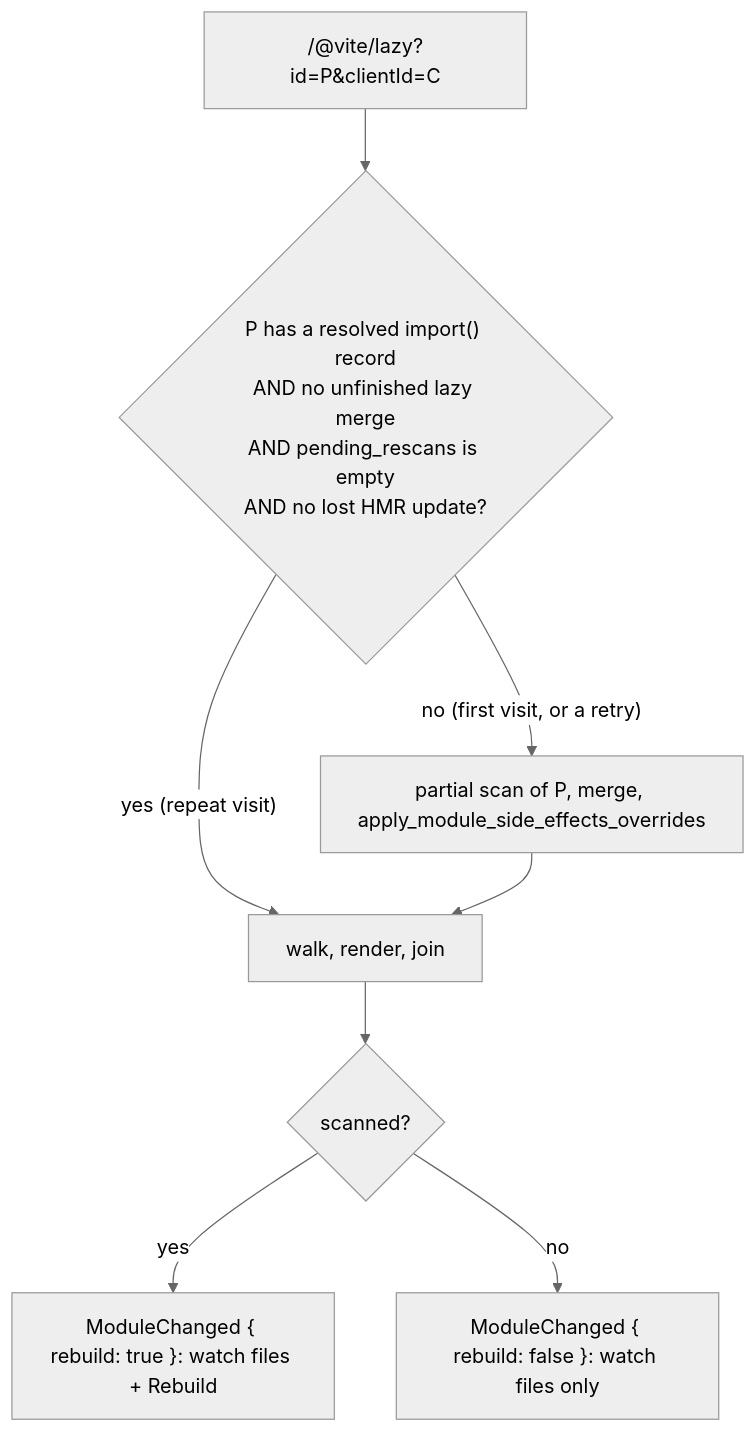
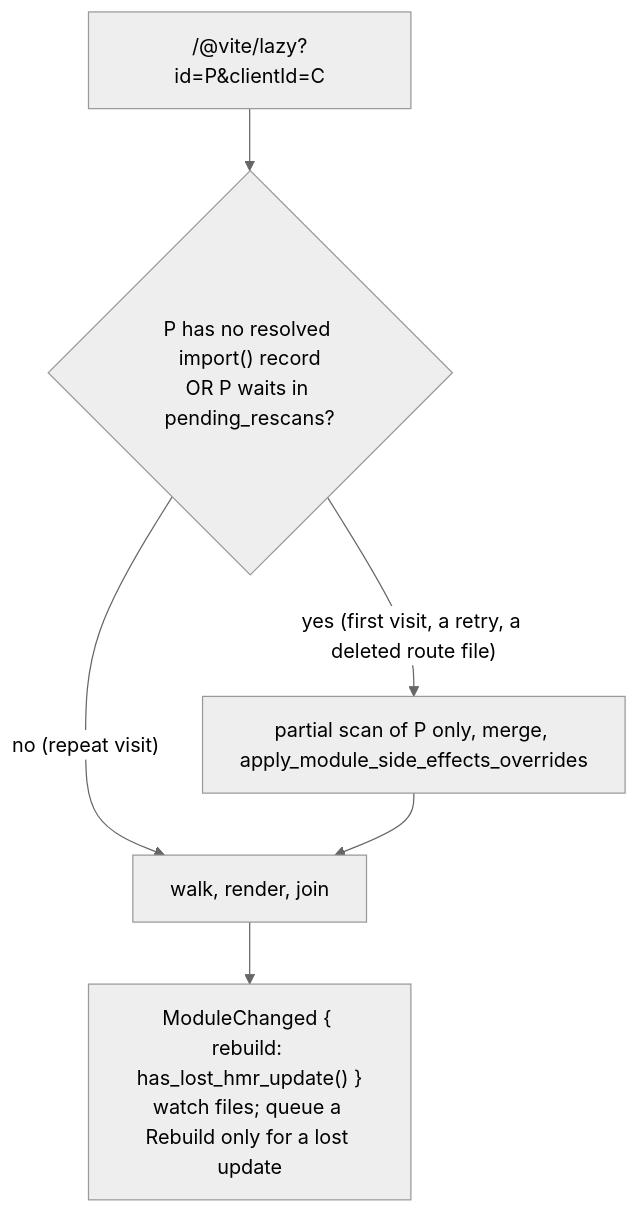
One commit to rolldown/rolldown changed the second of 2 diagrams in internal-docs/lazy-compilation/design.md. Above: the diagram before and after it, drawn with Mermaid (neutral theme). The commit also changed other lines of this file and 23 other files, not shown here.

Commit message:
fix(dev/lazy): do not rebuild the whole output after a lazy compile

````diff
--- a/internal-docs/lazy-compilation/design.md
+++ b/internal-docs/lazy-compilation/design.md
@@ -202,10 +202,8 @@
 ```mermaid
 flowchart TD
-  R["/@vite/lazy?id=P&clientId=C"] --> F{"P has a resolved import() record<br/>AND no unfinished lazy merge<br/>AND pending_rescans is empty<br/>AND no lost HMR update?"}
-  F -- "no (first visit, or a retry)" --> Scan["partial scan of P, merge, apply_module_side_effects_overrides"]
-  F -- "yes (repeat visit)" --> Sel
+  R["/@vite/lazy?id=P&clientId=C"] --> F{"P has no resolved import() record<br/>OR P waits in pending_rescans?"}
+  F -- "yes (first visit, a retry, a deleted route file)" --> Scan["partial scan of P only, merge, apply_module_side_effects_overrides"]
+  F -- "no (repeat visit)" --> Sel
   Scan --> Sel["walk, render, join"]
-  Sel --> Q{scanned?}
-  Q -- yes --> MC["ModuleChanged { rebuild: true }: watch files + Rebuild"]
-  Q -- no --> W["ModuleChanged { rebuild: false }: watch files only"]
+  Sel --> MC["ModuleChanged { rebuild: has_lost_hmr_update() }<br/>watch files; queue a Rebuild only for a lost update"]
 ```
````
